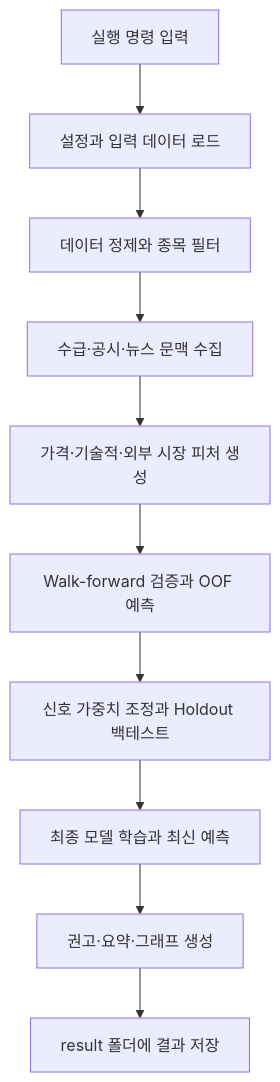
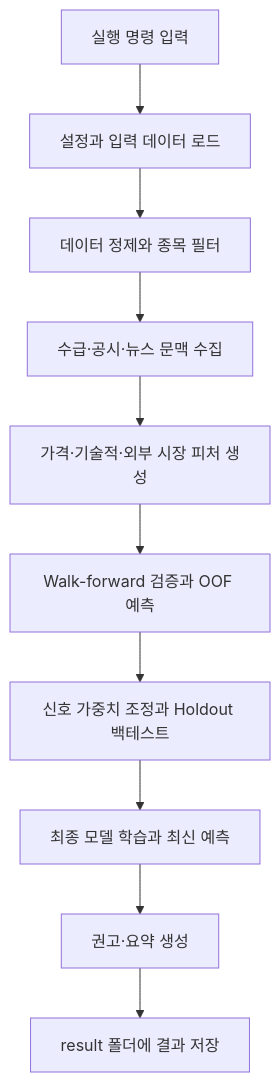
Before and after one commit to soomin-319/stock_predict: the first of 2 diagrams in docs/PROJECT_OPERATION_GUIDE.md, drawn with Mermaid. The commit also changed other lines of this file and 20 other files, not shown here.

First line of the commit message:
[codex] Remove graph generation functionality (#265)

````diff
--- a/docs/PROJECT_OPERATION_GUIDE.md
+++ b/docs/PROJECT_OPERATION_GUIDE.md
@@ -24,12 +24,12 @@
 ```mermaid
 flowchart TD
     A[실행 명령 입력] --> B[설정과 입력 데이터 로드]
     B --> C[데이터 정제와 종목 필터]
     C --> D[수급·공시·뉴스 문맥 수집]
     D --> E[가격·기술적·외부 시장 피처 생성]
     E --> F[Walk-forward 검증과 OOF 예측]
     F --> G[신호 가중치 조정과 Holdout 백테스트]
     G --> H[최종 모델 학습과 최신 예측]
-    H --> I[권고·요약·그래프 생성]
+    H --> I[권고·요약 생성]
     I --> J[result 폴더에 결과 저장]
 ```
````
